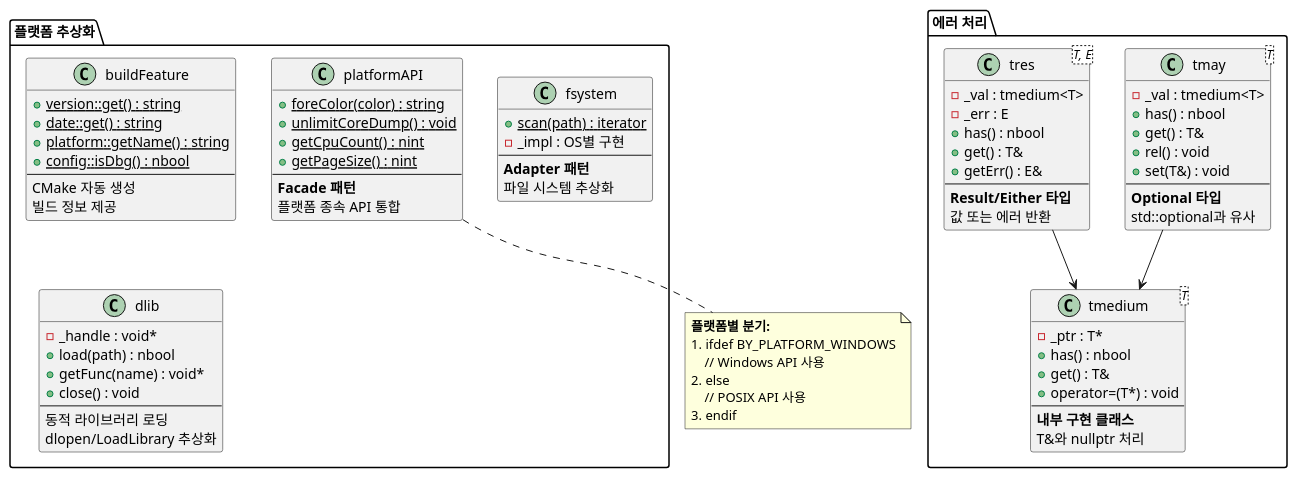
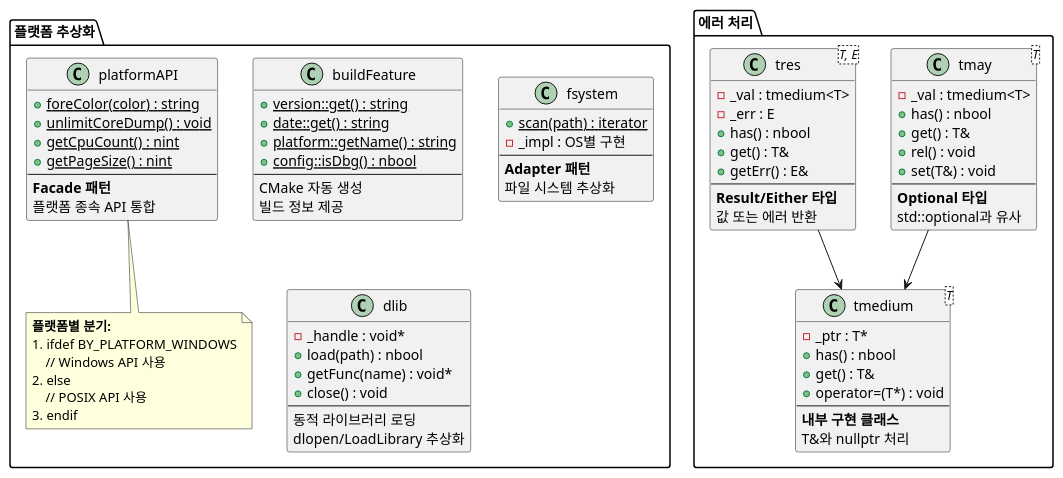
The first of 2 diagrams in doc/ref/ko/ad-architecture-indep.md (byeolang/byeol), drawn with PlantUML before and after one commit. The commit also changed other lines of this file, not shown here.

Commit message:
doc(indep): refine ai modified document and diagrams

```diff
--- a/doc/ref/ko/ad-architecture-indep.md
+++ b/doc/ref/ko/ad-architecture-indep.md
@@ -9,87 +11,88 @@
 @startuml
 package "에러 처리" {
-    class "tmay<T>" as tmay {
-        - _val : tmedium<T>
-        + has() : nbool
-        + get() : T&
-        + rel() : void
-        + set(T&) : void
-        --
-        <b>Optional 타입</b>
-        std::optional과 유사
-    }
+  class "tmay<T>" as tmay {
+    - _val : tmedium<T>
+    + has() : nbool
+    + get() : T&
+    + rel() : void
+    + set(T&) : void
+    --
+    <b>Optional 타입</b>
+    std::optional과 유사
+  }
 
-    class "tres<T, E>" as tres {
-        - _val : tmedium<T>
-        - _err : E
-        + has() : nbool
-        + get() : T&
-        + getErr() : E&
-        --
-        <b>Result/Either 타입</b>
-        값 또는 에러 반환
-    }
+  class "tres<T, E>" as tres {
+    - _val : tmedium<T>
+    - _err : E
+    + has() : nbool
+    + get() : T&
+    + getErr() : E&
+    --
+    <b>Result/Either 타입</b>
+    값 또는 에러 반환
+  }
 
-    class "tmedium<T>" as tmedium {
-        - _ptr : T*
-        + has() : nbool
-        + get() : T&
-        + operator=(T*) : void
-        --
-        <b>내부 구현 클래스</b>
-        T&와 nullptr 처리
-    }
+  class "tmedium<T>" as tmedium {
+    - _ptr : T*
+    + has() : nbool
+    + get() : T&
+    + operator=(T*) : void
+    --
+    <b>내부 구현 클래스</b>
+    T&와 nullptr 처리
+  }
 }
 
 package "플랫폼 추상화" {
-    class platformAPI {
-        + {static} foreColor(color) : string
-        + {static} unlimitCoreDump() : void
-        + {static} getCpuCount() : nint
-        + {static} getPageSize() : nint
-        --
-        <b>Facade 패턴</b>
-        플랫폼 종속 API 통합
-    }
+  class platformAPI {
+    + {static} foreColor(color) : string
+    + {static} unlimitCoreDump() : void
+    + {static} getCpuCount() : nint
+    + {static} getPageSize() : nint
+    --
+    <b>Facade 패턴</b>
+    플랫폼 종속 API 통합
+  }
 
-    class buildFeature {
-        + {static} version::get() : string
-        + {static} date::get() : string
-        + {static} platform::getName() : string
-        + {static} config::isDbg() : nbool
-        --
-        CMake 자동 생성
-        빌드 정보 제공
-    }
+  class buildFeature {
+    + {static} version::get() : string
+    + {static} date::get() : string
+    + {static} platform::getName() : string
+    + {static} config::isDbg() : nbool
+    --
+    CMake 자동 생성
+    빌드 정보 제공
+  }
 
-    class fsystem {
-        + {static} scan(path) : iterator
-        - _impl : OS별 구현
-        --
-        <b>Adapter 패턴</b>
-        파일 시스템 추상화
-    }
+  class fsystem {
+    + {static} scan(path) : iterator
+    - _impl : OS별 구현
+    --
+    <b>Adapter 패턴</b>
+    파일 시스템 추상화
+  }
 
-    class dlib {
-        - _handle : void*
-        + load(path) : nbool
-        + getFunc(name) : void*
-        + close() : void
-        --
-        동적 라이브러리 로딩
-        dlopen/LoadLibrary 추상화
-    }
+  class dlib {
+    - _handle : void*
+    + load(path) : nbool
+    + getFunc(name) : void*
+    + close() : void
+    --
+    동적 라이브러리 로딩
+    dlopen/LoadLibrary 추상화
+  }
+
+  note bottom of platformAPI
+    <b>플랫폼별 분기:</b>
+    #ifdef BY_PLATFORM_WINDOWS
+        // Windows API 사용
+    #else
+        // POSIX API 사용
+    #endif
+  end note
 }
 
 tmay --> tmedium
 tres --> tmedium
 
-note bottom of platformAPI
-  <b>플랫폼별 분기:</b>
-  #ifdef BY_PLATFORM_WINDOWS
-      // Windows API 사용
-  #else
-      // POSIX API 사용
-  #endif
-end note
 @enduml
```
